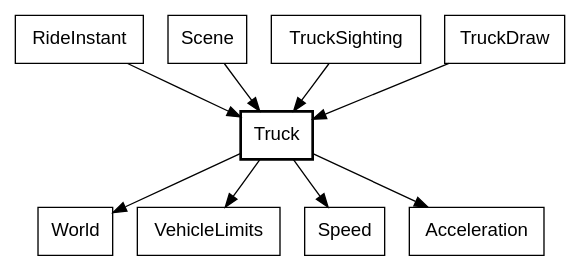
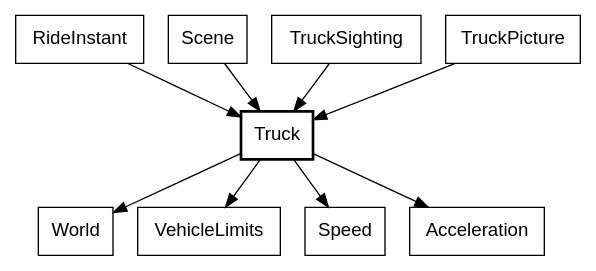
Diagram 15 of 30 in canvas_apps/safari/tutorial/tutorial.md (showell/roc-apps), drawn with Graphviz before and after one commit. The commit also changed other lines of this file and 19 other files, not shown here.

````diff
--- a/canvas_apps/safari/tutorial/tutorial.md
+++ b/canvas_apps/safari/tutorial/tutorial.md
@@ -1564,14 +1564,14 @@
 ```dot
 digraph truck {
   node [shape=box, fontname="Helvetica"];
   Truck [style=bold];
   RideInstant -> Truck;
   Scene -> Truck;
   TruckSighting -> Truck;
-  TruckDraw -> Truck;
+  TruckPicture -> Truck;
   Truck -> World;
   Truck -> VehicleLimits;
   Truck -> Speed;
   Truck -> Acceleration;
 }
 ```
````
